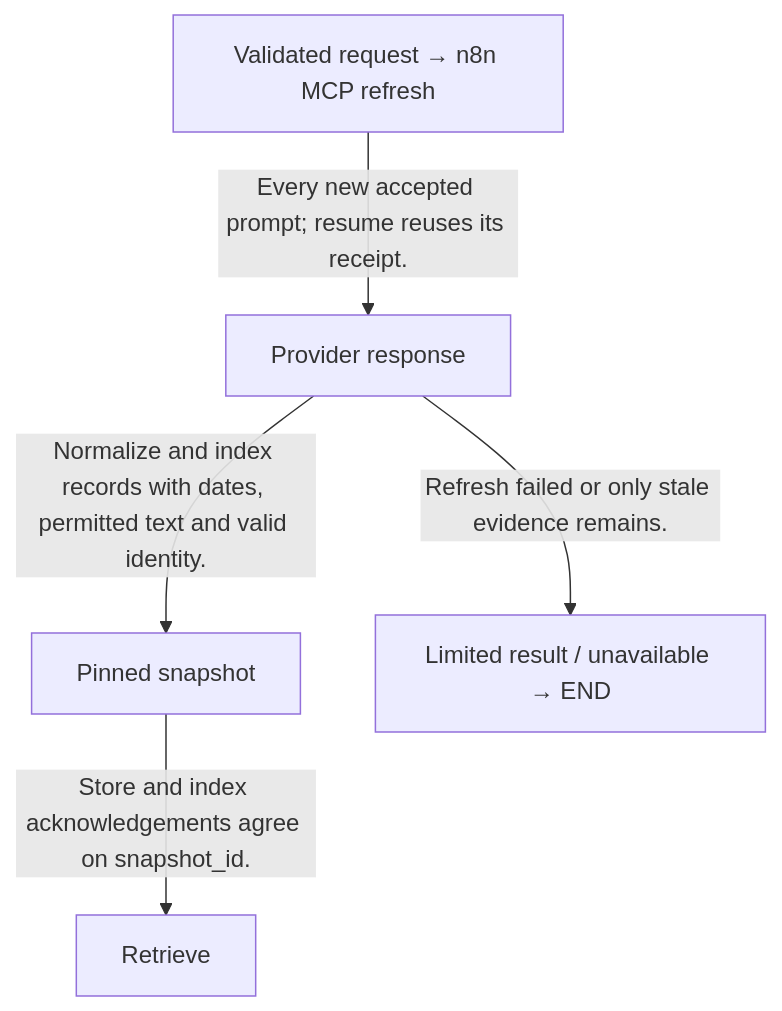
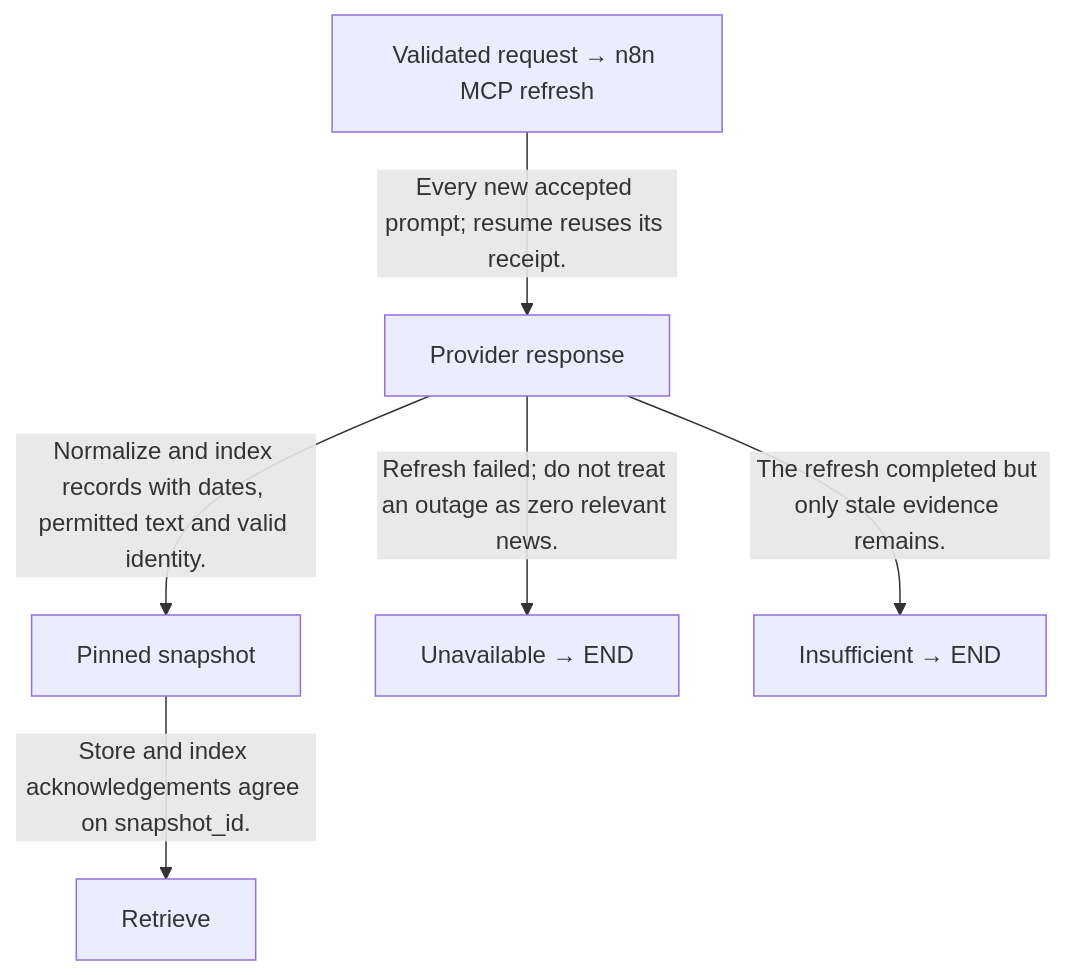
Before and after one commit to ByronHo68/ai-learning-academy: the second of 11 diagrams in docs/FINANCIAL_REPORT_DEVELOPMENT_PROPOSAL.md, drawn with Mermaid. The commit also changed other lines of this file and 68 other files, not shown here.

Commit message:
Add workflow atlas with per-function graphs and bounded retry paths

````diff
--- a/docs/FINANCIAL_REPORT_DEVELOPMENT_PROPOSAL.md
+++ b/docs/FINANCIAL_REPORT_DEVELOPMENT_PROPOSAL.md
@@ -617,12 +617,14 @@
 ```mermaid
 flowchart TD
   n0["Validated request → n8n MCP refresh"]
   n1["Provider response"]
   n2["Pinned snapshot"]
-  n3["Limited result / unavailable → END"]
-  n4["Retrieve"]
+  n3["Unavailable → END"]
+  n4["Insufficient → END"]
+  n5["Retrieve"]
   n0 -->|"Every new accepted prompt; resume reuses its receipt."| n1
   n1 -->|"Normalize and index records with dates, permitted text and valid identity."| n2
-  n1 -->|"Refresh failed or only stale evidence remains."| n3
-  n2 -->|"Store and index acknowledgements agree on snapshot_id."| n4
+  n1 -->|"Refresh failed; do not treat an outage as zero relevant news."| n3
+  n1 -->|"The refresh completed but only stale evidence remains."| n4
+  n2 -->|"Store and index acknowledgements agree on snapshot_id."| n5
 ```
````
